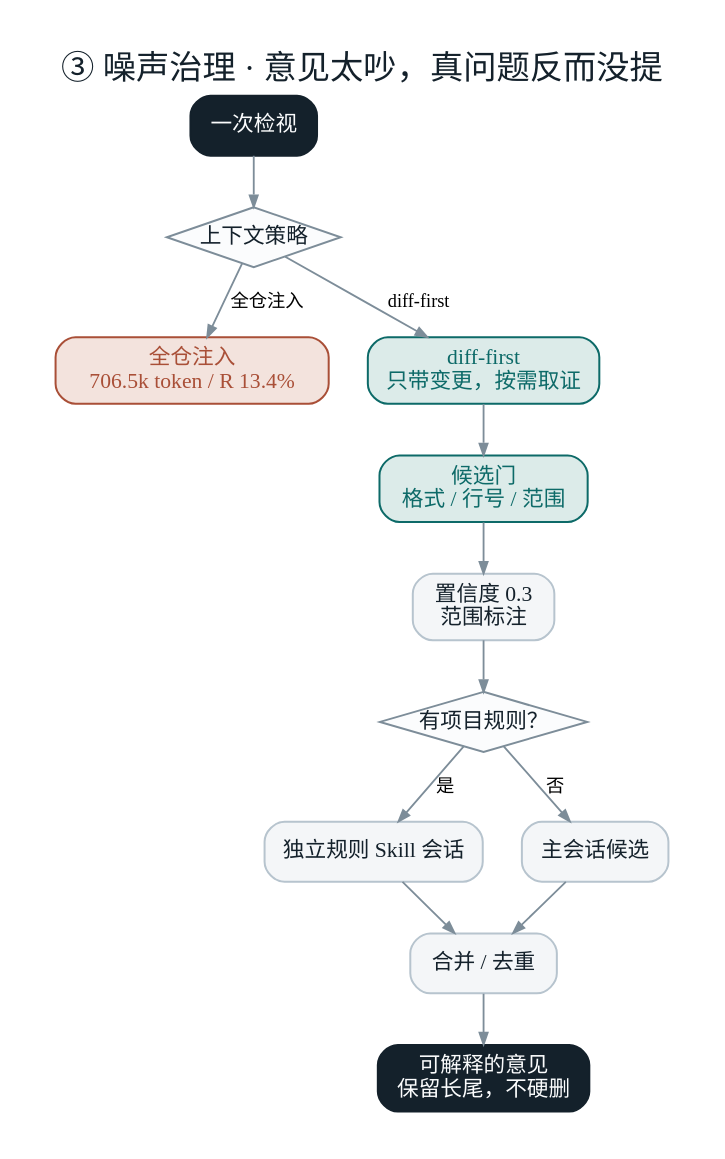
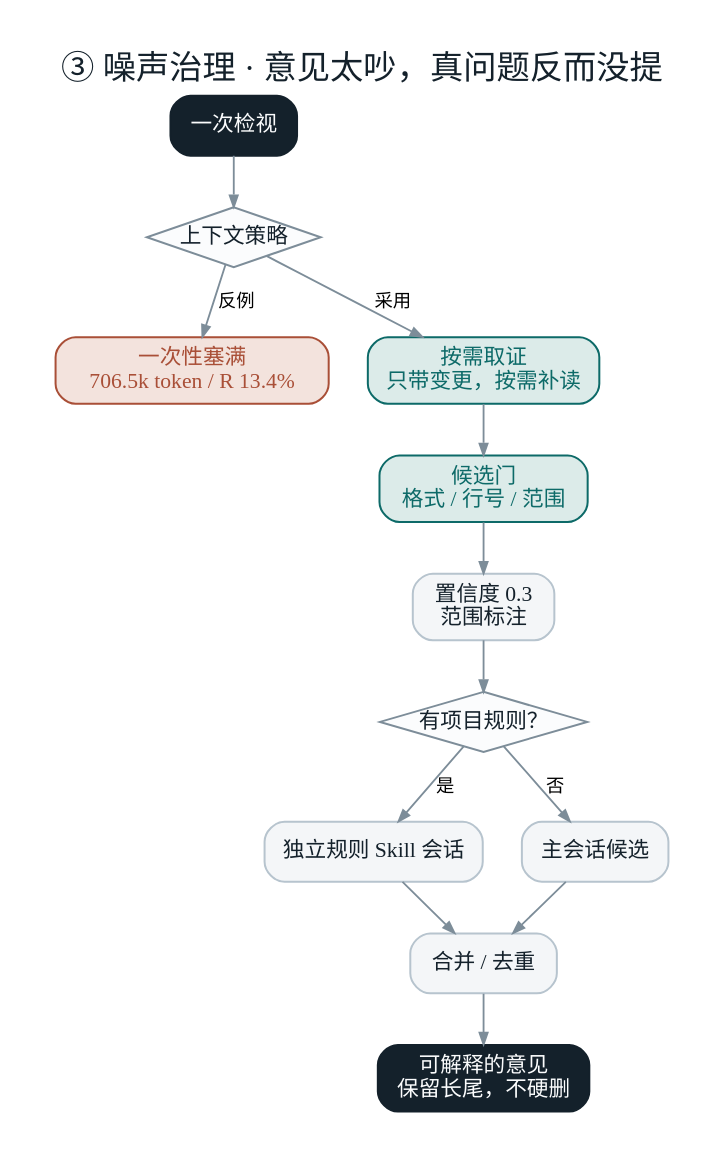
The diagram in .scratch/blog/diagrams/flow-3-noise.dot (ffanwei/ReviewAgent-pi), drawn with Graphviz before and after one commit. The commit also changed 7 other files, not shown here.

First line of the commit message:
docs(blog): 噪声治理图去掉全仓与 diff-first 措辞

```diff
--- a/.scratch/blog/diagrams/flow-3-noise.dot
+++ b/.scratch/blog/diagrams/flow-3-noise.dot
@@ -1,29 +1,29 @@
 digraph G {
   graph [bgcolor="#FFFFFF", fontname="Microsoft YaHei", rankdir=TB, nodesep=0.32, ranksep=0.42, pad=0.28, label="③ 噪声治理 · 意见太吵，真问题反而没提", labelloc=t, labeljust=l, fontsize=20, fontcolor="#14212B"];
   node [fontname="Microsoft YaHei", fontsize=13, shape=box, style="rounded,filled", fillcolor="#F4F6F8", color="#B7C4CE", fontcolor="#14212B", penwidth=1.2, margin="0.16,0.09"];
   edge [fontname="Microsoft YaHei", fontsize=11, color="#7D8D99", arrowsize=0.7, penwidth=1.1];
 
   start [label="一次检视", fillcolor="#14212B", color="#14212B", fontcolor="#FBFCFD"];
   d1 [label="上下文策略", shape=diamond, style="filled", fillcolor="#FBFCFD", color="#7D8D99", margin="0.02,0.02"];
-  bad [label="全仓注入\n706.5k token / R 13.4%", fillcolor="#F3E3DD", color="#A94F37", fontcolor="#A94F37"];
-  p1 [label="diff-first\n只带变更，按需取证", fillcolor="#DCEBE9", color="#0D6A68", fontcolor="#0D6A68"];
+  bad [label="一次性塞满\n706.5k token / R 13.4%", fillcolor="#F3E3DD", color="#A94F37", fontcolor="#A94F37"];
+  p1 [label="按需取证\n只带变更，按需补读", fillcolor="#DCEBE9", color="#0D6A68", fontcolor="#0D6A68"];
   gate [label="候选门\n格式 / 行号 / 范围", fillcolor="#DCEBE9", color="#0D6A68", fontcolor="#0D6A68"];
   conf [label="置信度 0.3\n范围标注"];
   d2 [label="有项目规则？", shape=diamond, style="filled", fillcolor="#FBFCFD", color="#7D8D99", margin="0.02,0.02"];
   skill [label="独立规则 Skill 会话"];
   main [label="主会话候选"];
   merge [label="合并 / 去重"];
   end [label="可解释的意见\n保留长尾，不硬删", fillcolor="#14212B", color="#14212B", fontcolor="#FBFCFD"];
 
   start -> d1;
-  d1 -> bad [label="全仓注入"];
-  d1 -> p1 [label="diff-first"];
+  d1 -> bad [label="反例"];
+  d1 -> p1 [label="采用"];
   p1 -> gate;
   gate -> conf;
   conf -> d2;
   d2 -> skill [label="是"];
   d2 -> main [label="否"];
   skill -> merge;
   main -> merge;
   merge -> end;
 }
```
